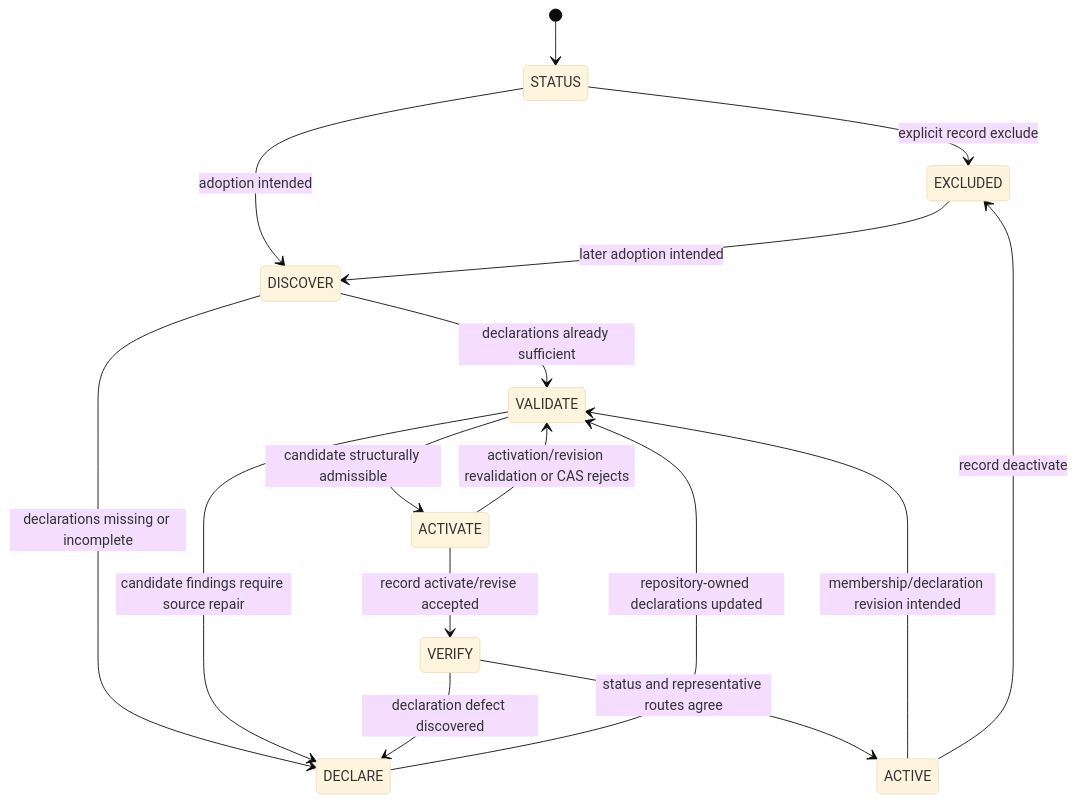
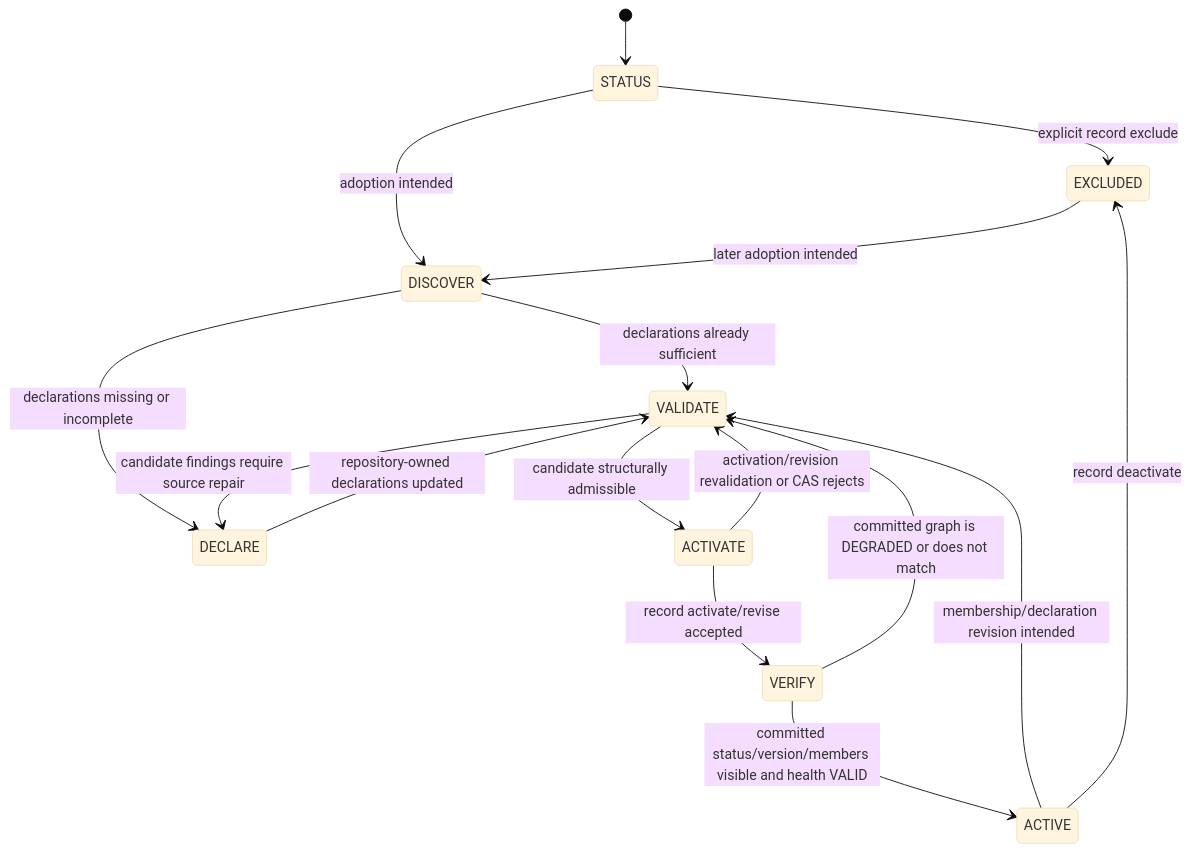
The first of 2 diagrams in docs/lifecycle-contract.md (pontivus-com/span), drawn with Mermaid (base theme) before and after one commit. The commit also changed other lines of this file, not shown here.

````diff
--- a/docs/lifecycle-contract.md
+++ b/docs/lifecycle-contract.md
@@ -871,25 +939,25 @@
 ```mermaid
 stateDiagram-v2
     [*] --> STATUS
 
     STATUS --> EXCLUDED: explicit record exclude
     STATUS --> DISCOVER: adoption intended
     EXCLUDED --> DISCOVER: later adoption intended
 
     DISCOVER --> VALIDATE: declarations already sufficient
     DISCOVER --> DECLARE: declarations missing or incomplete
 
     DECLARE --> VALIDATE: repository-owned declarations updated
 
     VALIDATE --> DECLARE: candidate findings require source repair
     VALIDATE --> ACTIVATE: candidate structurally admissible
 
     ACTIVATE --> VALIDATE: activation/revision revalidation or CAS rejects
     ACTIVATE --> VERIFY: record activate/revise accepted
 
-    VERIFY --> ACTIVE: status and representative routes agree
-    VERIFY --> DECLARE: declaration defect discovered
+    VERIFY --> ACTIVE: committed status/version/members visible and health VALID
+    VERIFY --> VALIDATE: committed graph is DEGRADED or does not match
 
     ACTIVE --> VALIDATE: membership/declaration revision intended
     ACTIVE --> EXCLUDED: record deactivate
 ```
````
